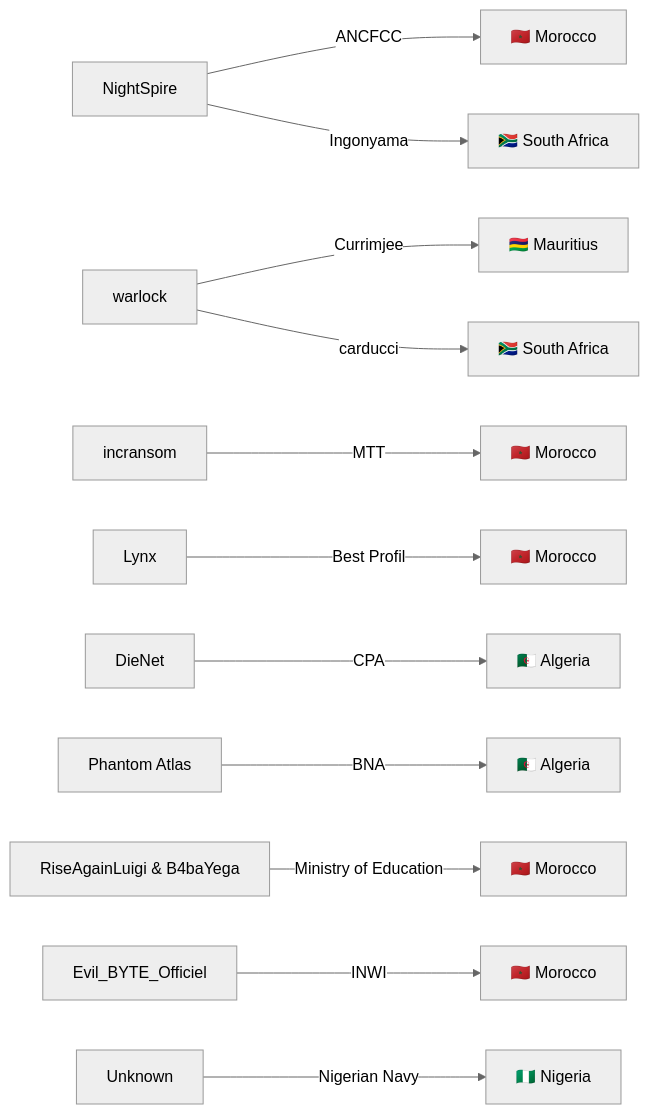
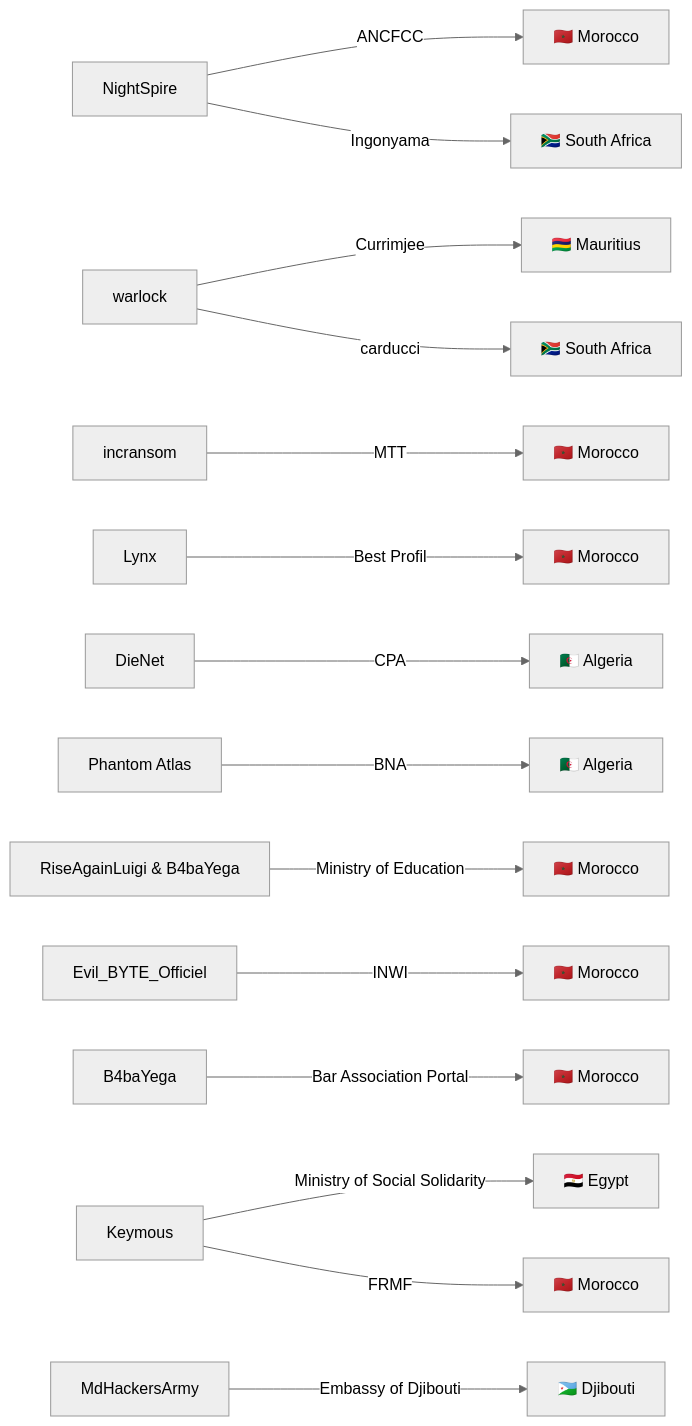
The fourth of 5 diagrams in CyberAttackAfrica/2025/06-june/README.md (Hatchepsoute/AFRINTEL), drawn with Mermaid (neutral theme) before and after one commit. The commit also changed other lines of this file and 255 other files, not shown here.

````diff
--- a/CyberAttackAfrica/2025/06-june/README.md
+++ b/CyberAttackAfrica/2025/06-june/README.md
@@ -125,14 +154,17 @@
 ```mermaid
 graph LR
     NightSpire -->|ANCFCC| Morocco1["🇲🇦 Morocco"]
     NightSpire -->|Ingonyama| SouthAfrica1["🇿🇦 South Africa"]
     warlock -->|Currimjee| Mauritius["🇲🇺 Mauritius"]
     warlock -->|carducci| SouthAfrica2["🇿🇦 South Africa"]
     incransom -->|MTT| Morocco2["🇲🇦 Morocco"]
     Lynx -->|Best Profil| Morocco3["🇲🇦 Morocco"]
     DieNet -->|CPA| Algeria1["🇩🇿 Algeria"]
     PhantomAtlas["Phantom Atlas"] -->|BNA| Algeria2["🇩🇿 Algeria"]
     RiseAgain["RiseAgainLuigi & B4baYega"] -->|Ministry of Education| Morocco4["🇲🇦 Morocco"]
     EvilByte["Evil_BYTE_Officiel"] -->|INWI| Morocco5["🇲🇦 Morocco"]
-    Unknown -->|Nigerian Navy| Nigeria["🇳🇬 Nigeria"]
+    B4baYega -->|Bar Association Portal| Morocco6["🇲🇦 Morocco"]
+    Keymous -->|Ministry of Social Solidarity| Egypt1["🇪🇬 Egypt"]
+    Keymous -->|FRMF| Morocco7["🇲🇦 Morocco"]
+    MdHackersArmy -->|Embassy of Djibouti| Djibouti1["🇩🇯 Djibouti"]
 ```
````
